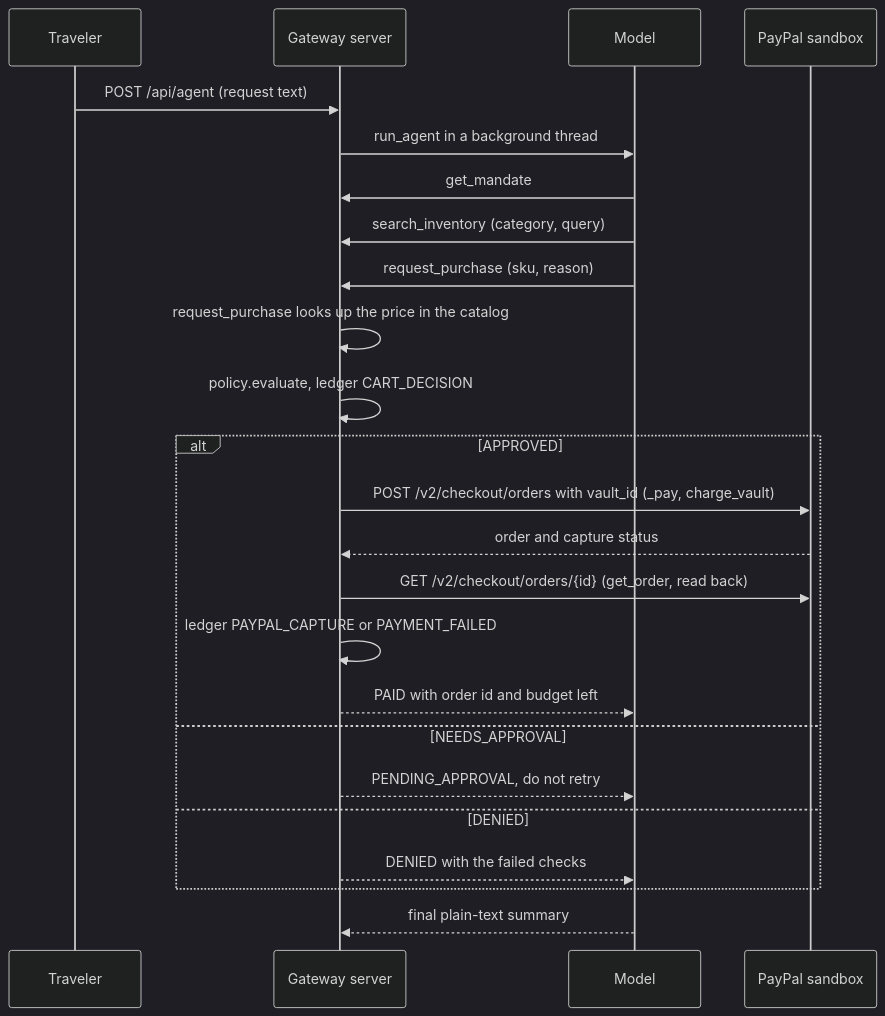
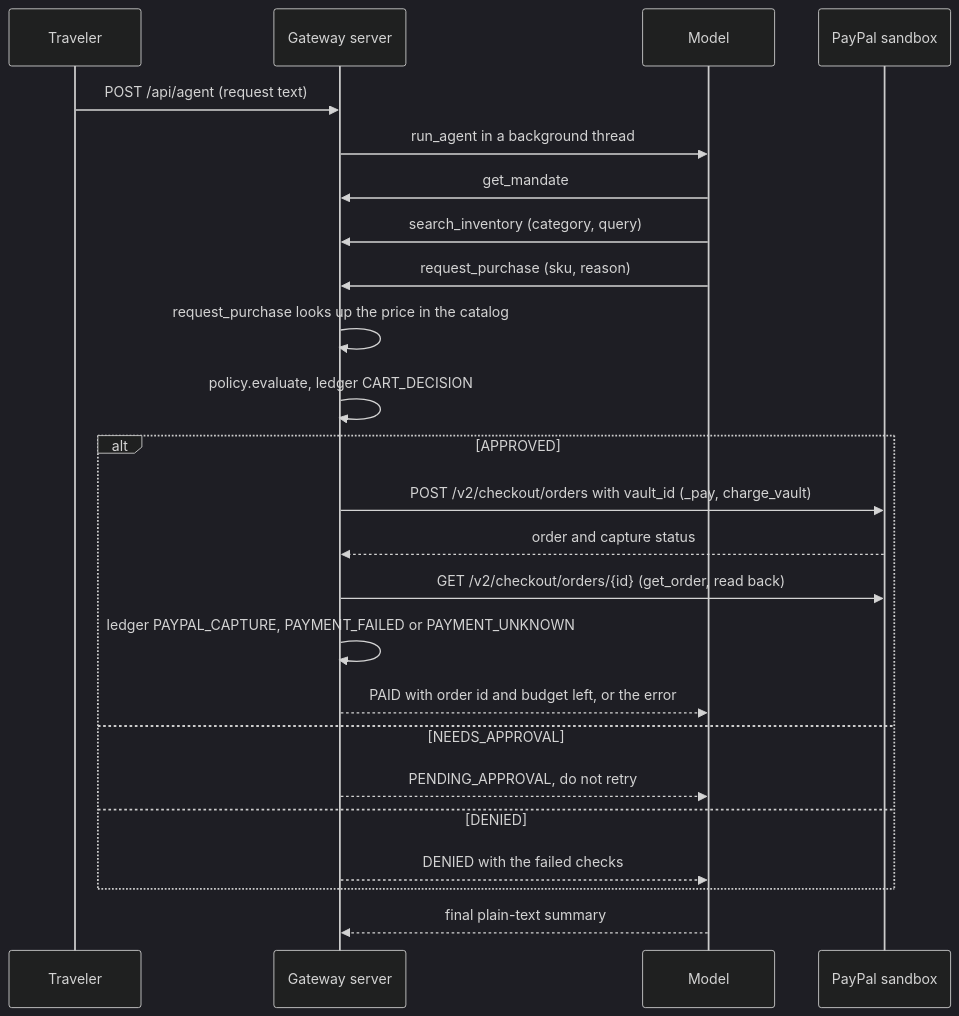
Before and after one commit to nexbridge-xyz/agent-gateway-paypal: the third of 4 diagrams in docs/DESIGN.md, drawn with Mermaid (dark theme). The commit also changed other lines of this file and 4 other files, not shown here.

````diff
--- a/docs/DESIGN.md
+++ b/docs/DESIGN.md
@@ -98,26 +98,26 @@
 ```mermaid
 sequenceDiagram
     participant T as Traveler
     participant S as Gateway server
     participant M as Model
     participant P as PayPal sandbox
     T->>S: POST /api/agent (request text)
     S->>M: run_agent in a background thread
     M->>S: get_mandate
     M->>S: search_inventory (category, query)
     M->>S: request_purchase (sku, reason)
     S->>S: request_purchase looks up the price in the catalog
     S->>S: policy.evaluate, ledger CART_DECISION
     alt APPROVED
         S->>P: POST /v2/checkout/orders with vault_id (_pay, charge_vault)
         P-->>S: order and capture status
         S->>P: GET /v2/checkout/orders/{id} (get_order, read back)
-        S->>S: ledger PAYPAL_CAPTURE or PAYMENT_FAILED
-        S-->>M: PAID with order id and budget left
+        S->>S: ledger PAYPAL_CAPTURE, PAYMENT_FAILED or PAYMENT_UNKNOWN
+        S-->>M: PAID with order id and budget left, or the error
     else NEEDS_APPROVAL
         S-->>M: PENDING_APPROVAL, do not retry
     else DENIED
         S-->>M: DENIED with the failed checks
     end
     M-->>S: final plain-text summary
 ```
````
